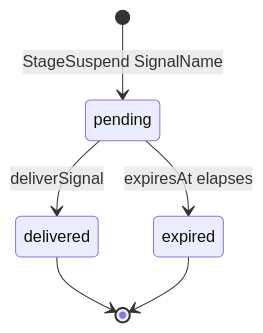
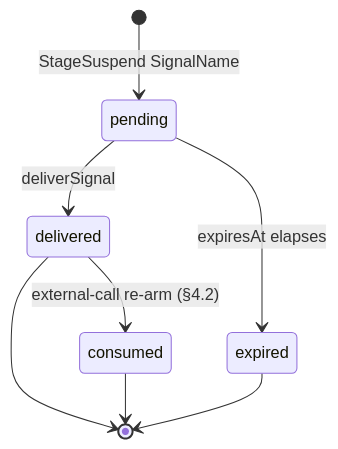
One commit to Digimuoto/cortex changed the diagram in docs/Reference/Pulse/signals.md. Above: the diagram before and after it, drawn with Mermaid. The commit also changed other lines of this file and 6 other files, not shown here.

First line of the commit message:
docs(adr): durable external-call frontiers on Pulse

````diff
--- a/docs/Reference/Pulse/signals.md
+++ b/docs/Reference/Pulse/signals.md
@@ -42,8 +42,10 @@
 ```mermaid
 stateDiagram-v2
     [*] --> pending: StageSuspend SignalName
     pending --> delivered: deliverSignal
     pending --> expired: expiresAt elapses
+    delivered --> consumed: external-call re-arm (§4.2)
     delivered --> [*]
+    consumed --> [*]
     expired --> [*]
 ```
````
